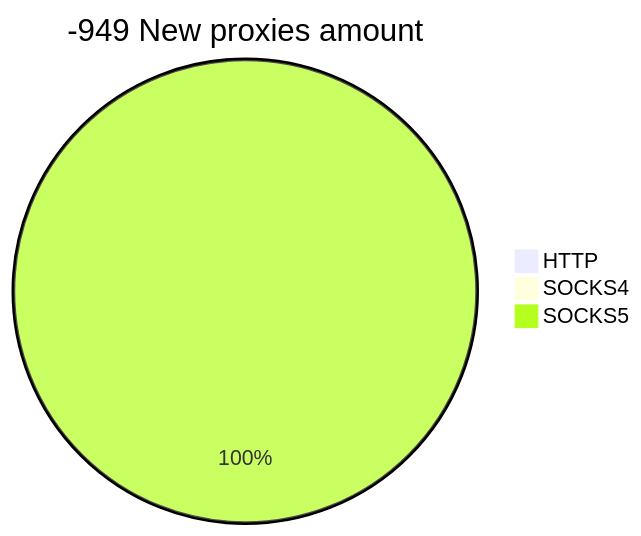
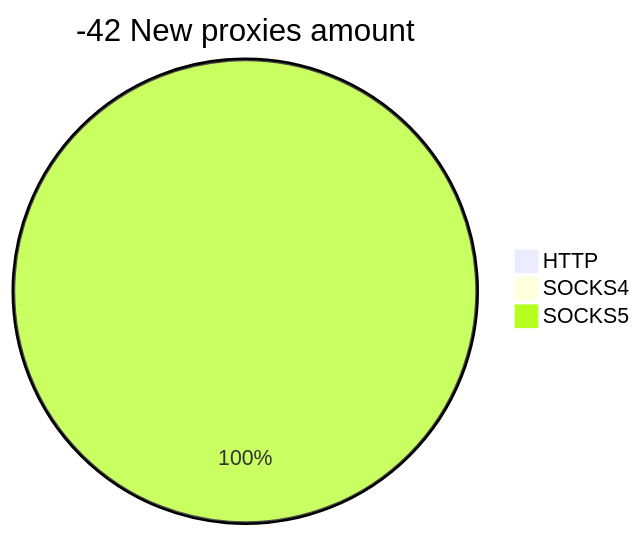
Before and after one commit to cutipu/proxylist: the second of 2 diagrams in README.md, drawn with Mermaid. The commit also changed other lines of this file, not shown here.

````diff
--- a/README.md
+++ b/README.md
@@ -10,6 +10,6 @@
 ```mermaid
-pie title -949 New proxies amount
+pie title -42 New proxies amount
     "HTTP" : 0
     "SOCKS4" : 0
-    "SOCKS5" : 68
+    "SOCKS5" : 60
 ```
````
